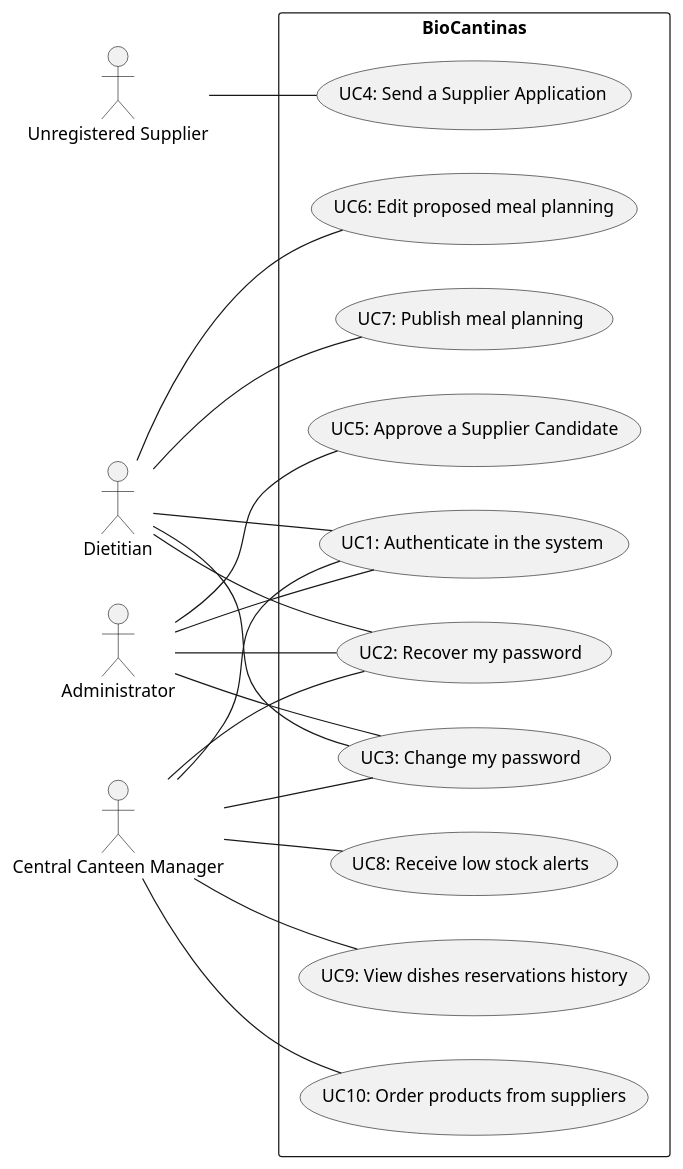
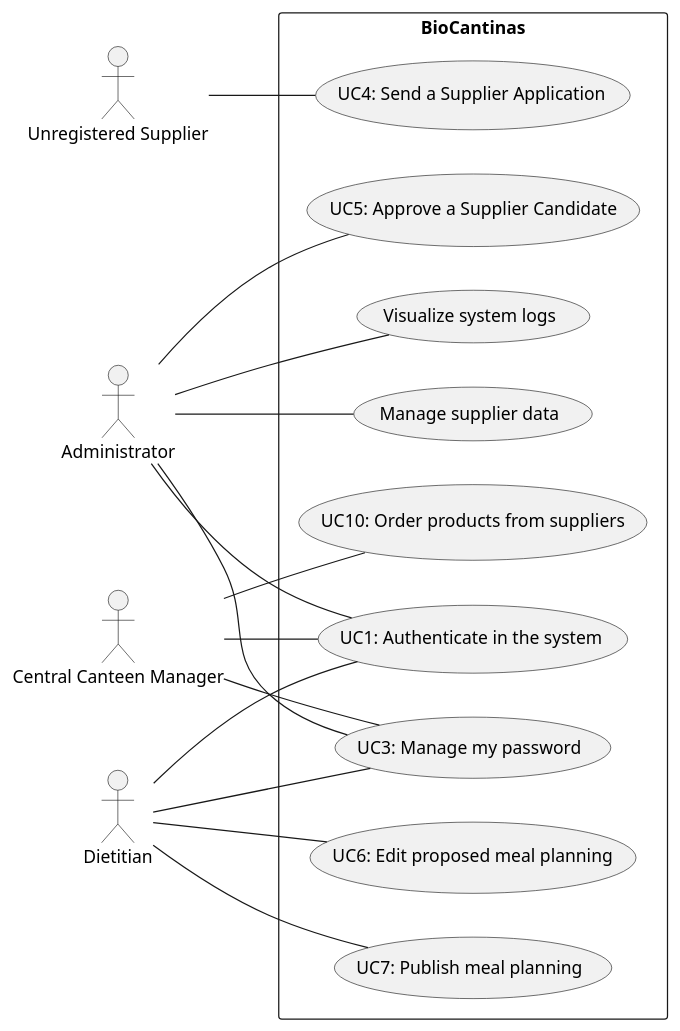
One commit to mei-desofs/desofs2026-thu_ffs_1 changed the diagram in Deliverables/phase1/diagrams/uc.puml. Above: the diagram before and after it, drawn with PlantUML.

Commit message:
fix use case diagram #1

```diff
--- a/Deliverables/phase1/diagrams/uc.puml
+++ b/Deliverables/phase1/diagrams/uc.puml
@@ -1,37 +1,33 @@
 @startuml
 left to right direction
 
 actor UnregisteredSupplier as "Unregistered Supplier"
 actor Admin as "Administrator"
 actor Dietitian
 actor CentralCanteenManager as "Central Canteen Manager"
 
 
 rectangle BioCantinas {
 
     CentralCanteenManager -- (UC1: Authenticate in the system)
     Dietitian -- (UC1: Authenticate in the system)
     Admin -- (UC1: Authenticate in the system)
 
-    CentralCanteenManager -- (UC2: Recover my password)
-    Dietitian -- (UC2: Recover my password)
-    Admin -- (UC2: Recover my password)
-
-    CentralCanteenManager -- (UC3: Change my password)
-    Dietitian -- (UC3: Change my password)
-    Admin -- (UC3: Change my password)
+    CentralCanteenManager -- (UC3: Manage my password)
+    Dietitian -- (UC3: Manage my password)
+    Admin -- (UC3: Manage my password)
 
     UnregisteredSupplier -- (UC4: Send a Supplier Application)
 
     Admin -- (UC5: Approve a Supplier Candidate)
+    Admin -- (Visualize system logs)
 
     Dietitian -- (UC6: Edit proposed meal planning)
     Dietitian -- (UC7: Publish meal planning)
 
-    CentralCanteenManager -- (UC8: Receive low stock alerts)
-    CentralCanteenManager -- (UC9: View dishes reservations history)
     CentralCanteenManager -- (UC10: Order products from suppliers)
 
+    Admin -- (Manage supplier data)
 }
 
 @enduml
```
